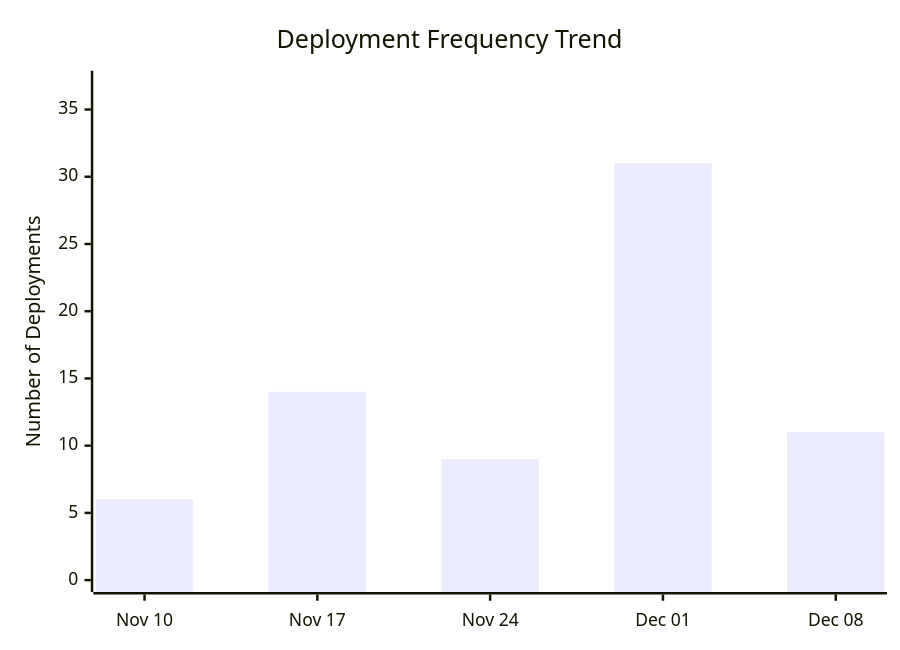
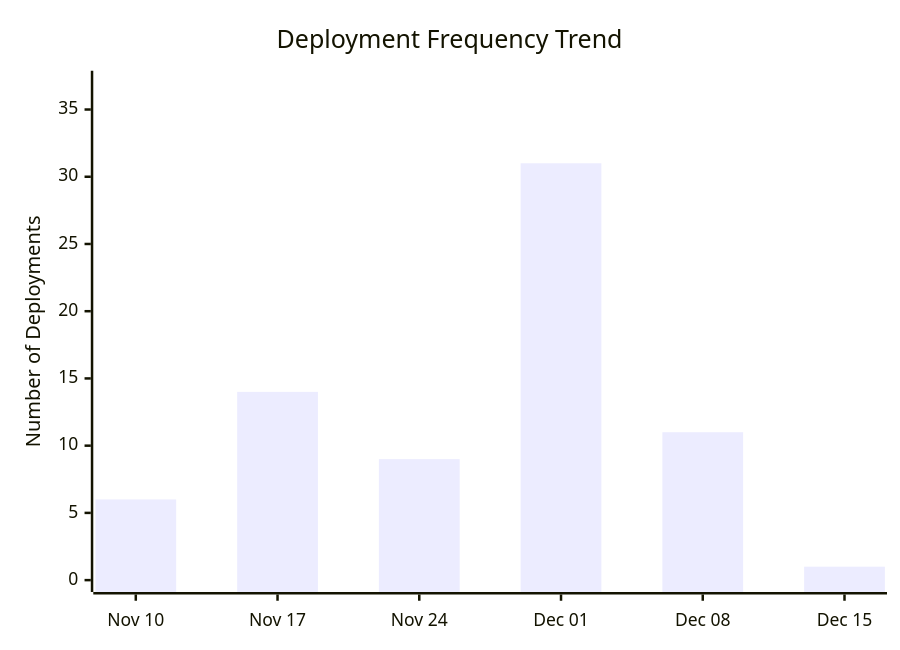
The third of 4 diagrams in docs/ci-cd/dora-summary.md (ukma-cs-ssdm-2025/rate-ukma), drawn with Mermaid before and after one commit. The commit also changed other lines of this file, not shown here.

````diff
--- a/docs/ci-cd/dora-summary.md
+++ b/docs/ci-cd/dora-summary.md
@@ -48,7 +48,7 @@
 ```mermaid
 xychart-beta
     title "Deployment Frequency Trend"
-    x-axis ["Nov 10", "Nov 17", "Nov 24", "Dec 01", "Dec 08"]
+    x-axis ["Nov 10", "Nov 17", "Nov 24", "Dec 01", "Dec 08", "Dec 15"]
     y-axis "Number of Deployments" 0 --> 37
-    bar [6.00, 14.00, 9.00, 31.00, 11.00]
+    bar [6.00, 14.00, 9.00, 31.00, 11.00, 1.00]
 ```
````
